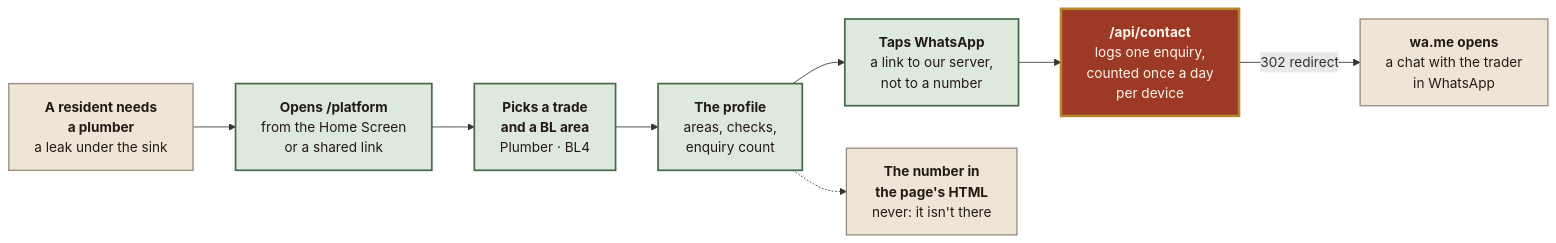
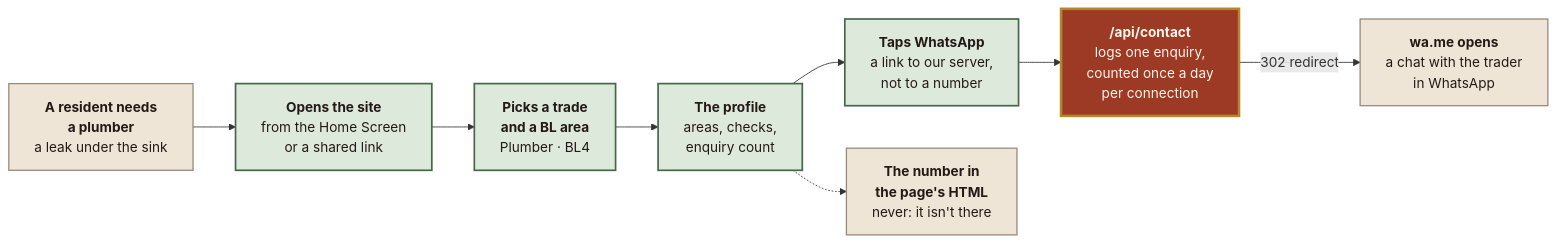
One commit to yameenbux/Boltontradesmen changed the diagram in assets/diagrams/03-one-request.mmd. Above: the diagram before and after it, drawn with Mermaid. The commit also changed 6 other files, not shown here.

```diff
--- a/assets/diagrams/03-one-request.mmd
+++ b/assets/diagrams/03-one-request.mmd
@@ -1,22 +1,22 @@
 flowchart LR
     R["<b>A resident needs<br/>a plumber</b><br/>a leak under the sink"]
-    O["<b>Opens /platform</b><br/>from the Home Screen<br/>or a shared link"]
+    O["<b>Opens the site</b><br/>from the Home Screen<br/>or a shared link"]
     T["<b>Picks a trade<br/>and a BL area</b><br/>Plumber · BL4"]
     P["<b>The profile</b><br/>areas, checks,<br/>enquiry count"]
     W["<b>Taps WhatsApp</b><br/>a link to our server,<br/>not to a number"]
-    API["<b>/api/contact</b><br/>logs one enquiry,<br/>counted once a day<br/>per device"]
+    API["<b>/api/contact</b><br/>logs one enquiry,<br/>counted once a day<br/>per connection"]
     WA["<b>wa.me opens</b><br/>a chat with the trader<br/>in WhatsApp"]
     NO["<b>The number in<br/>the page's HTML</b><br/>never: it isn't there"]
 
     R --> O --> T --> P --> W --> API
     API -->|"302 redirect"| WA
     P -.-> NO
 
     classDef core fill:#9C3A25,stroke:#B5862C,stroke-width:3px,color:#FFF5E9
     classDef live fill:#DDE9DA,stroke:#46684A,stroke-width:2px,color:#231A15
     classDef dev fill:#F6EAD0,stroke:#B5862C,stroke-width:2px,stroke-dasharray:6 4,color:#231A15
     classDef ext fill:#EFE5D7,stroke:#97887C,stroke-width:1.5px,color:#231A15
     class R,WA ext
     class O,T,P,W live
     class API core
     class NO ext
```
